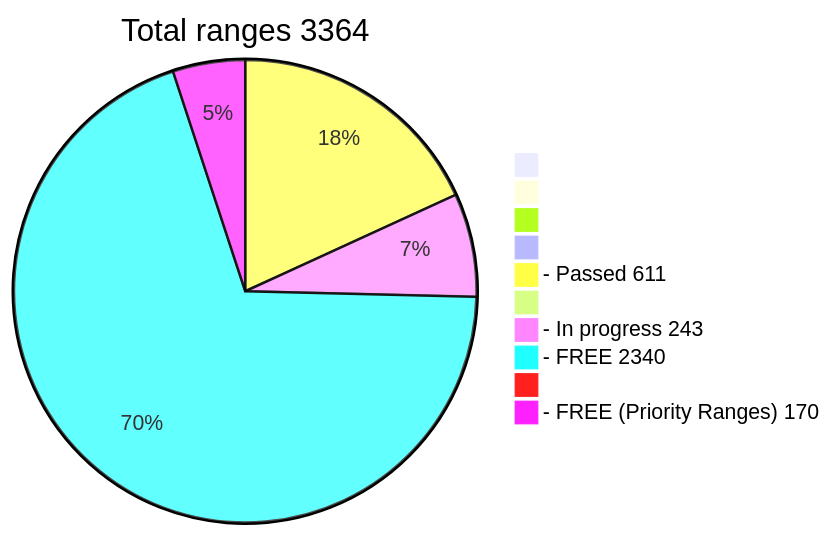
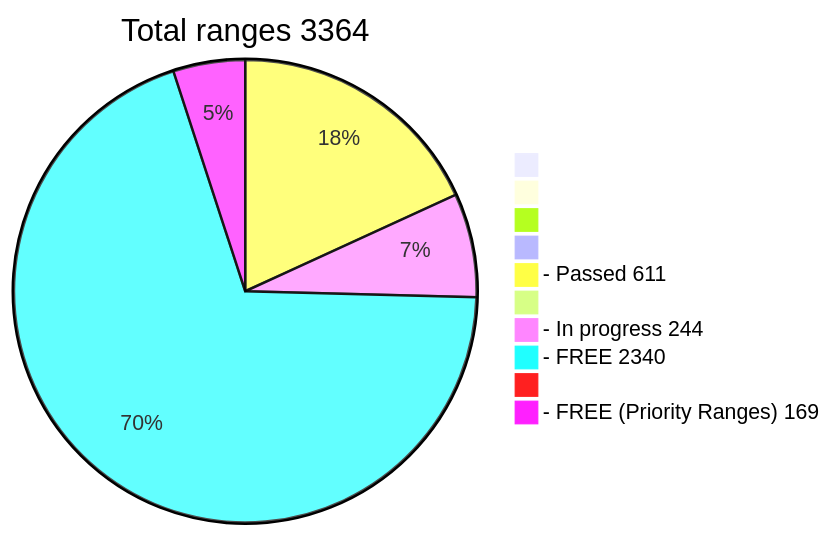
One commit to phrutis/wif500 changed the diagram in README.md. Above: the diagram before and after it, drawn with Mermaid.

````diff
--- a/README.md
+++ b/README.md
@@ -16,13 +16,13 @@
 ```mermaid
 pie title Total ranges 3364
              " " : 0
             "  " : 0
            "   " : 0
           "    " : 0
   "- Passed 611" : 611
          "     " : 0
-  "- In progress 243" : 243
+  "- In progress 244" : 244
    "- FREE 2340" : 2340
         "      " : 0
-  "- FREE (Priority Ranges) 170" : 170
+  "- FREE (Priority Ranges) 169" : 169
 ```
````
